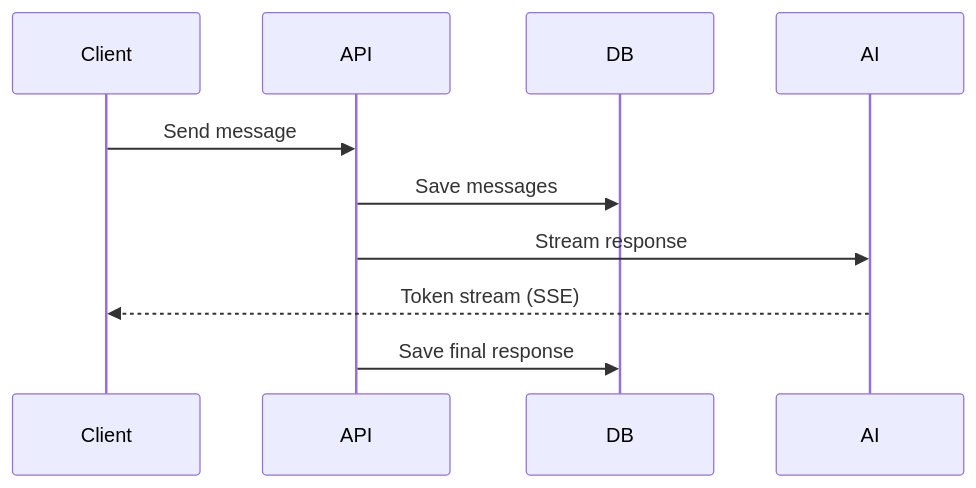
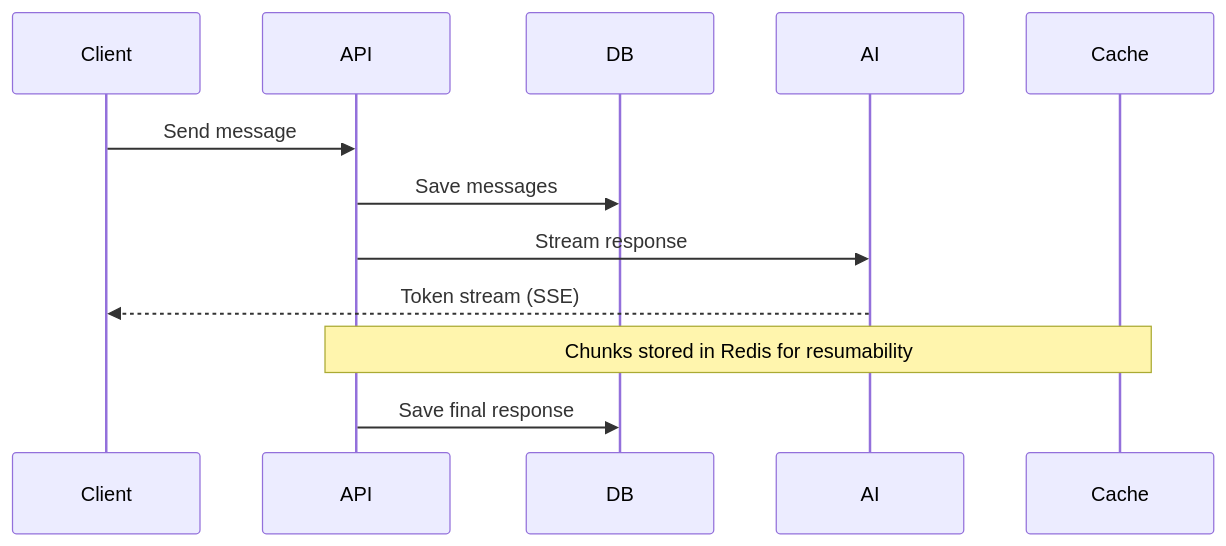
The second of 2 diagrams in apps/docs/core/architecture.mdx (masonjames/sparka), drawn with Mermaid before and after one commit. The commit also changed other lines of this file and 5 other files, not shown here.

````diff
--- a/apps/docs/core/architecture.mdx
+++ b/apps/docs/core/architecture.mdx
@@ -27,8 +31,9 @@
 ```mermaid
 sequenceDiagram
     Client->>API: Send message
     API->>DB: Save messages
     API->>AI: Stream response
     AI-->>Client: Token stream (SSE)
+    Note over API,Cache: Chunks stored in Redis for resumability
     API->>DB: Save final response
 ```
````
